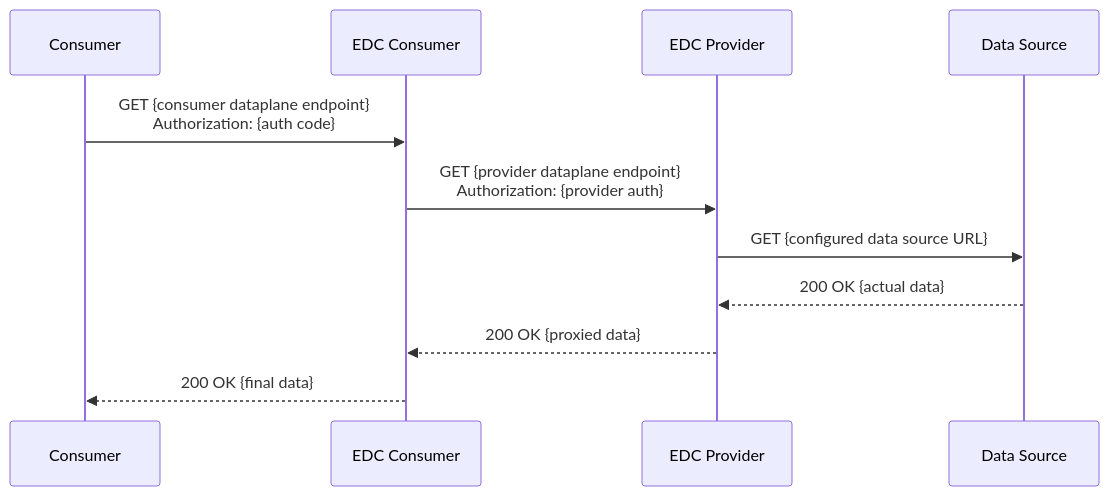
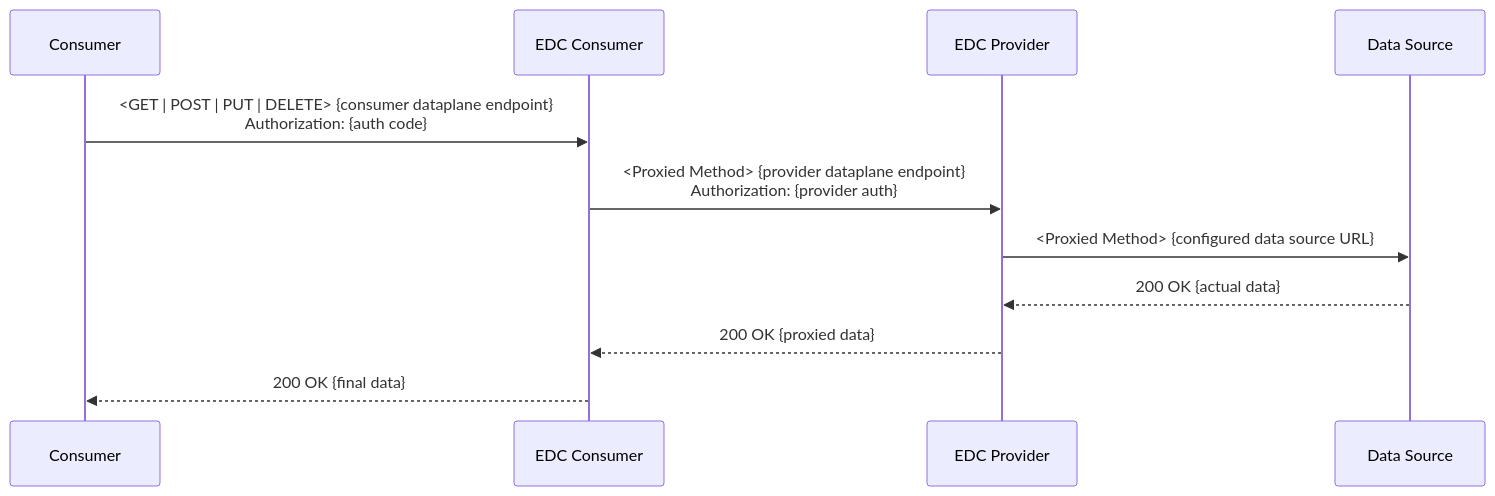
Before and after one commit to borrmann-dev/construct-x-edge-k8s: the eighth of 8 diagrams in scripts/README.md, drawn with Mermaid. The commit also changed other lines of this file, not shown here.

````diff
--- a/scripts/README.md
+++ b/scripts/README.md
@@ -146,14 +146,14 @@
 ```mermaid
 sequenceDiagram
     participant Consumer
     participant EDC_Consumer as EDC Consumer
     participant EDC_Provider as EDC Provider
     participant DataSource as Data Source
 
-    Consumer->>EDC_Consumer: GET {consumer dataplane endpoint}<br/>Authorization: {auth code}
-    EDC_Consumer->>EDC_Provider: GET {provider dataplane endpoint}<br/>Authorization: {provider auth}
-    EDC_Provider->>DataSource: GET {configured data source URL}
+    Consumer->>EDC_Consumer: <GET | POST | PUT | DELETE> {consumer dataplane endpoint}<br/>Authorization: {auth code}
+    EDC_Consumer->>EDC_Provider: <Proxied Method> {provider dataplane endpoint}<br/>Authorization: {provider auth}
+    EDC_Provider->>DataSource: <Proxied Method> {configured data source URL}
     DataSource-->>EDC_Provider: 200 OK {actual data}
     EDC_Provider-->>EDC_Consumer: 200 OK {proxied data}
     EDC_Consumer-->>Consumer: 200 OK {final data}
 ```
````
